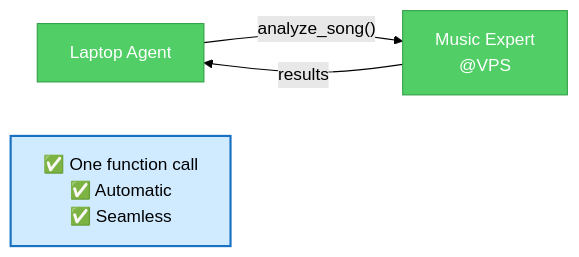
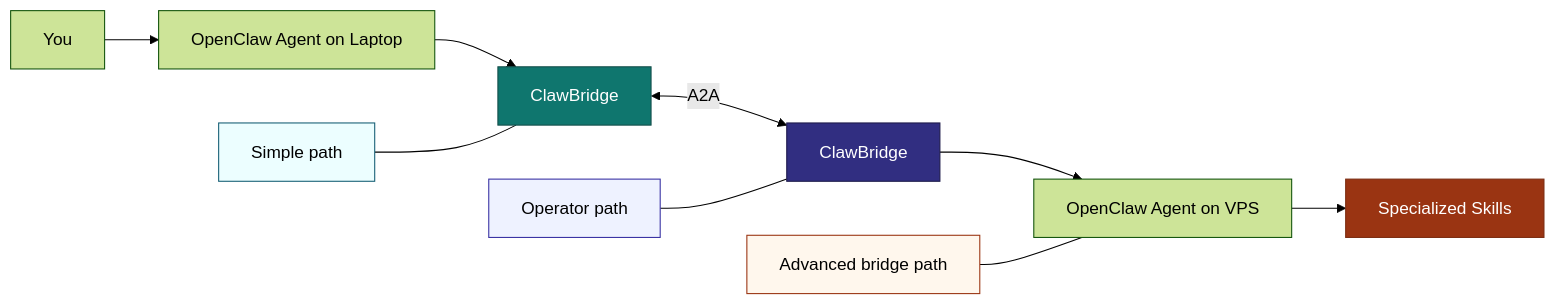
One commit to paprini/clawbridge changed the first of 3 diagrams in docs/DIAGRAMS.md. Above: the diagram before and after it, drawn with Mermaid (forest theme). The commit also changed other lines of this file and 15 other files, not shown here.

````diff
--- a/docs/DIAGRAMS.md
+++ b/docs/DIAGRAMS.md
@@ -27,12 +11,19 @@
 ```mermaid
 graph LR
-    A[Laptop Agent] -->|"analyze_song()"| B[Music Expert<br/>@VPS]
-    B -->|results| A
-    
-    style A fill:#51cf66,stroke:#2f9e44,color:#fff
-    style B fill:#51cf66,stroke:#2f9e44,color:#fff
-    
-    Note[✅ One function call<br/>✅ Automatic<br/>✅ Seamless]
-    
-    style Note fill:#d0ebff,stroke:#1971c2,stroke-width:2px
+    U["You"] --> A["OpenClaw Agent on Laptop"]
+    A --> B["ClawBridge"]
+    B <-->|"A2A"| C["ClawBridge"]
+    C --> D["OpenClaw Agent on VPS"]
+    D --> E["Specialized Skills"]
+
+    F["Simple path"] --- B
+    G["Operator path"] --- C
+    H["Advanced bridge path"] --- D
+
+    style B fill:#0f766e,stroke:#134e4a,color:#fff
+    style C fill:#312e81,stroke:#1e1b4b,color:#fff
+    style E fill:#9a3412,stroke:#7c2d12,color:#fff
+    style F fill:#ecfeff,stroke:#155e75
+    style G fill:#eef2ff,stroke:#3730a3
+    style H fill:#fff7ed,stroke:#9a3412
 ```
````
